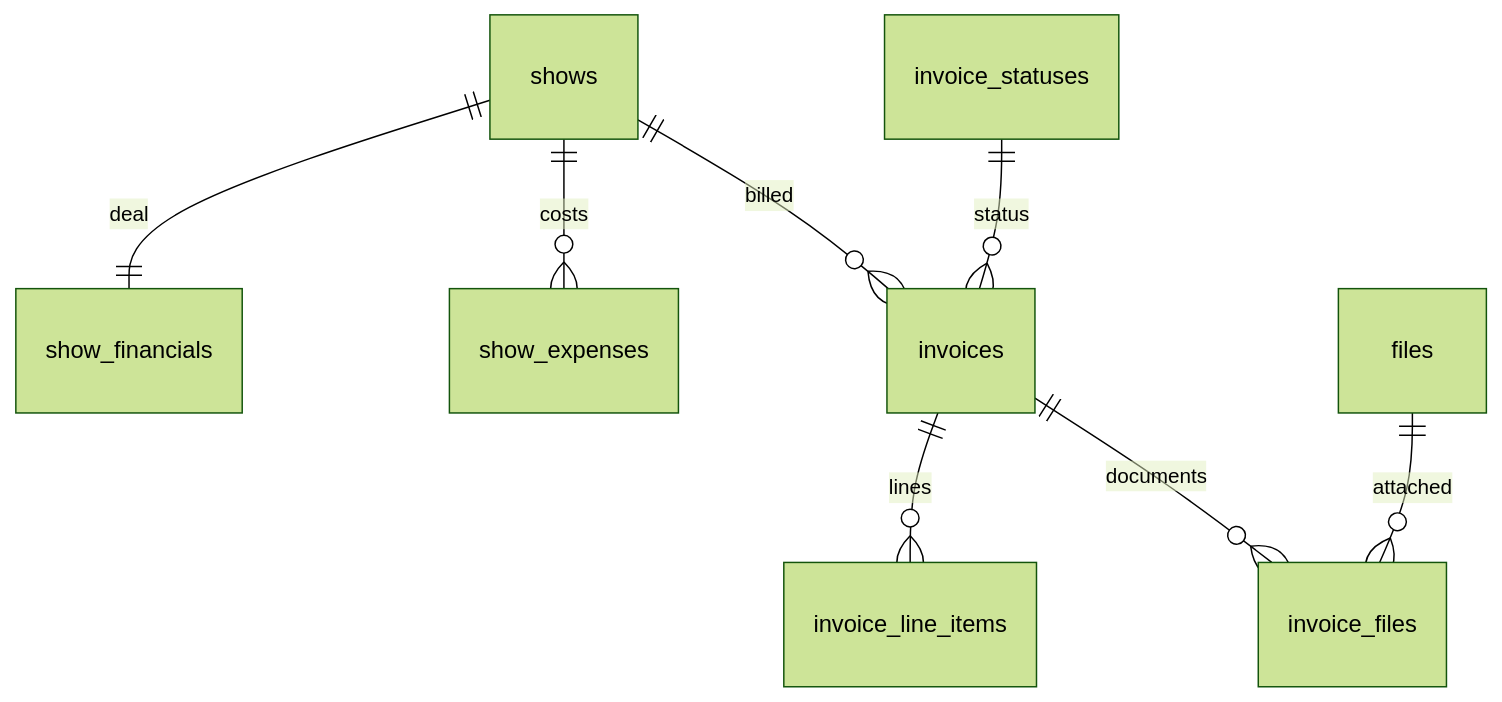
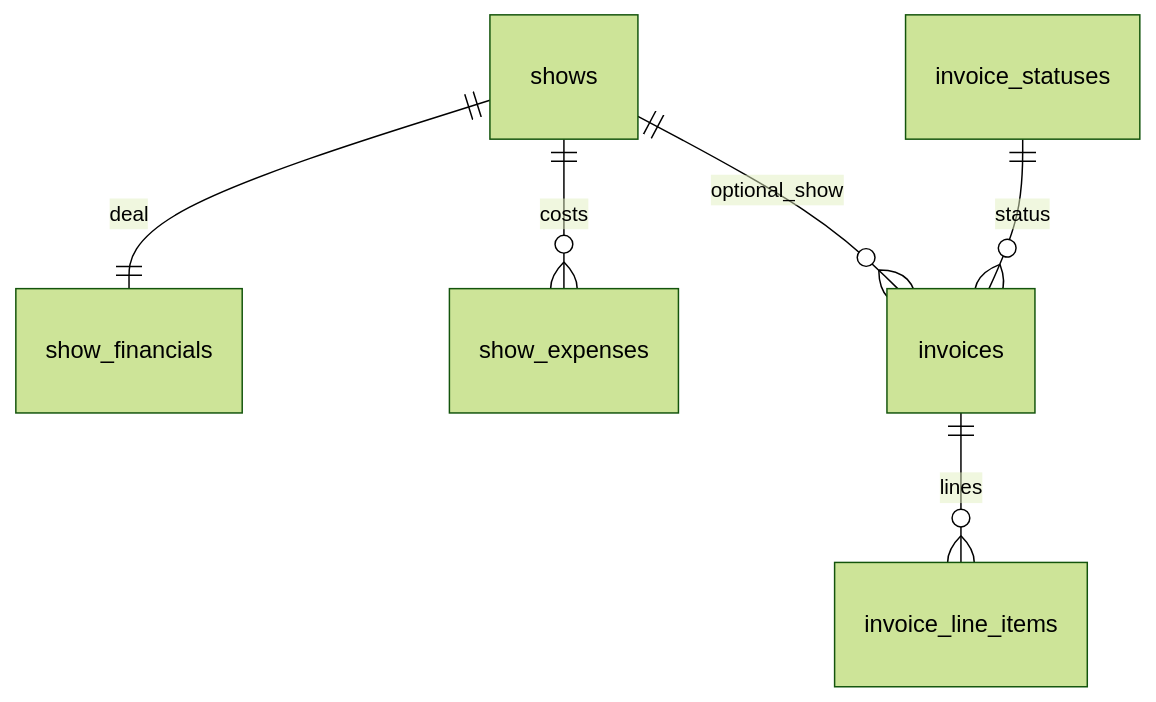
One commit to finners68/operateapp changed the sixth of 9 diagrams in docs/database/schema-erd.md. Above: the diagram before and after it, drawn with Mermaid (forest theme). The commit also changed other lines of this file and 2 other files, not shown here.

First line of the commit message:
Revise database schema to revision 2 per design review.

````diff
--- a/docs/database/schema-erd.md
+++ b/docs/database/schema-erd.md
@@ -120,10 +119,8 @@
 ```mermaid
 erDiagram
-  shows ||--|| show_financials : "deal"
-  shows ||--o{ show_expenses : "costs"
-  shows ||--o{ invoices : "billed"
-  invoices ||--o{ invoice_line_items : "lines"
-  invoice_statuses ||--o{ invoices : "status"
-  invoices ||--o{ invoice_files : "documents"
-  files ||--o{ invoice_files : "attached"
+  shows ||--|| show_financials : deal
+  shows ||--o{ show_expenses : costs
+  shows ||--o{ invoices : optional_show
+  invoices ||--o{ invoice_line_items : lines
+  invoice_statuses ||--o{ invoices : status
 ```
````
